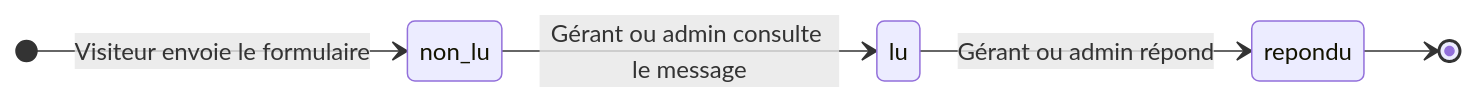
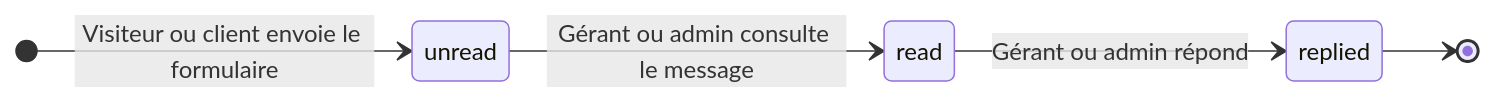
The fifth of 6 diagrams in docs/merise.md (SIMPLON-DIST-CDA-260316/hotel-ab-jl-tt), drawn with Mermaid before and after one commit. The commit also changed other lines of this file and 1 other file, not shown here.

````diff
--- a/docs/merise.md
+++ b/docs/merise.md
@@ -722,11 +998,11 @@
 ```mermaid
 stateDiagram-v2
     direction LR
 
-    [*] --> non_lu : Visiteur envoie le formulaire
+    [*] --> unread : Visiteur ou client envoie le formulaire
 
-    non_lu --> lu : Gérant ou admin consulte le message
-    lu --> repondu : Gérant ou admin répond
+    unread --> read : Gérant ou admin consulte le message
+    read --> replied : Gérant ou admin répond
 
-    repondu --> [*]
+    replied --> [*]
 ```
````
